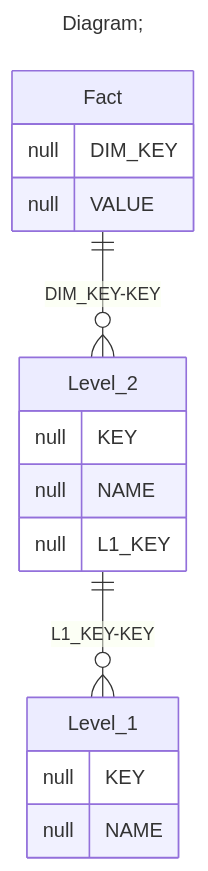
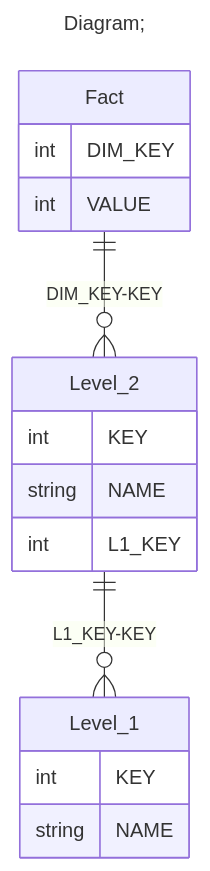
Before and after one commit to xmla-services/workground: the third of 3 diagrams in demo/server/catalogs/min_Level_Join/README.MD, drawn with Mermaid. The commit also changed other lines of this file and 33 other files, not shown here.

````diff
--- a/demo/server/catalogs/min_Level_Join/README.MD
+++ b/demo/server/catalogs/min_Level_Join/README.MD
@@ -93,22 +92,22 @@
 ```mermaid
 ---
 title: Diagram;
 ---
 erDiagram
 Fact{
-null DIM_KEY
-null VALUE
+int DIM_KEY
+int VALUE
 }
 Level_1{
-null KEY
-null NAME
+int KEY
+string NAME
 }
 Level_2{
-null KEY
-null NAME
-null L1_KEY
+int KEY
+string NAME
+int L1_KEY
 }
 
 "Fact" ||--o{ "Level_2" : "DIM_KEY-KEY"
 "Level_2" ||--o{ "Level_1" : "L1_KEY-KEY"
 ```
````
